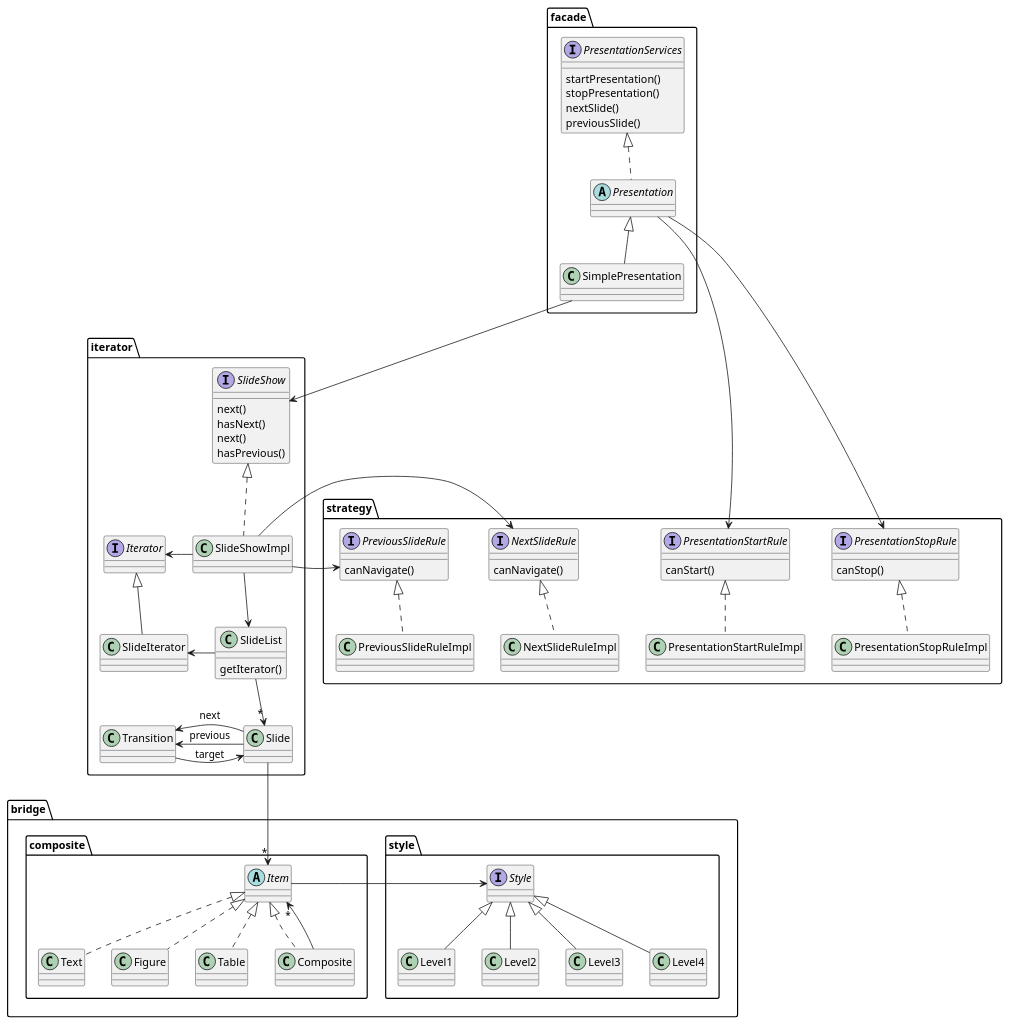
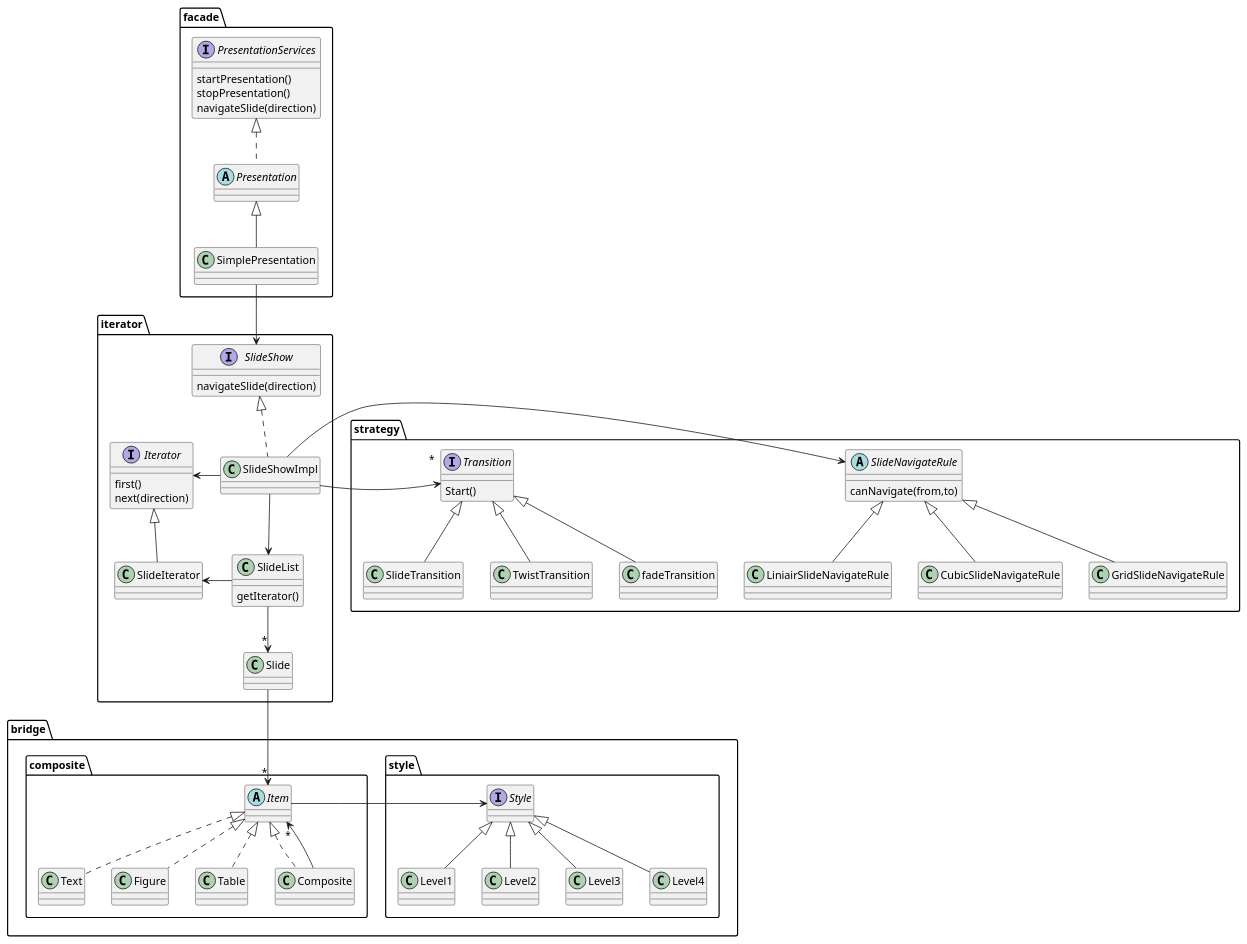
One commit to luukbuit/design-for-change changed the diagram in classdiagram.puml. Above: the diagram before and after it, drawn with PlantUML.

Commit message:
transition and navigations strategies

```diff
--- a/classdiagram.puml
+++ b/classdiagram.puml
@@ -1,97 +1,100 @@
 @startuml
-
 package facade {
 
     Interface PresentationServices
     Abstract Class Presentation
     PresentationServices : startPresentation()
     PresentationServices : stopPresentation()
-    PresentationServices : nextSlide()
-    PresentationServices : previousSlide()
+    PresentationServices : navigateSlide(direction)
     Presentation .up.|> PresentationServices
     SimplePresentation -up-|> Presentation
 }
 
 
 package bridge {
 
     package style {
         Interface Style
         Level1 -up-|> Style
         Level2 -up-|> Style
         Level3 -up-|> Style
         Level4 -up-|> Style
 
     }
 
     package composite {
 
         Abstract Class Item
 
         Text .up.|> Item
         Figure .up.|> Item
         Table .up.|> Item
         Composite .up.|> Item
         Composite -up-> "*" Item
 
         Item -right-> Style
 
     }
 
 }
 
+
+
 package iterator {
 
     Interface SlideShow
     Interface Iterator
+
+    Iterator : first()
+    Iterator : next(direction)
+
+
 
     SlideShowImpl .up.|> SlideShow
     SlideIterator -up-|> Iterator
     Slide -down-> "*" Item
     SlideShowImpl -down-> SlideList
     SlideShowImpl -left-> Iterator
     SlideList -left-> SlideIterator
     SlideList --> "*" Slide
 
-    SlideShow : next()
-    SlideShow : hasNext()
-    SlideShow : next()
-    SlideShow : hasPrevious()
+    SlideShow : navigateSlide(direction)
 
     SlideList : getIterator()
 
-    Slide -left-> Transition : next
-    Slide -left-> Transition : previous
-    Transition --> Slide : target
+
+
 
 }
 
 package strategy {
 
-    Interface PresentationStartRule
-    PresentationStartRule : canStart()
-    Presentation -right-> PresentationStartRule
-    PresentationStartRuleImpl .up.|> PresentationStartRule
+    abstract class SlideNavigateRule
+    SlideNavigateRule : canNavigate(from,to)
+    SlideShowImpl -right-> SlideNavigateRule
 
-    Interface PresentationStopRule
-    PresentationStopRule : canStop()
-    Presentation -right-> PresentationStopRule
-    PresentationStopRuleImpl .up.|> PresentationStopRule
+    class LiniairSlideNavigateRule
+    LiniairSlideNavigateRule -up-|> SlideNavigateRule 
 
-    Interface NextSlideRule
-    NextSlideRule : canNavigate()
-    SlideShowImpl -right-> NextSlideRule
-    NextSlideRuleImpl .up.|> NextSlideRule
+    class CubicSlideNavigateRule
+    CubicSlideNavigateRule-up-|> SlideNavigateRule 
 
-    Interface PreviousSlideRule
-    PreviousSlideRule : canNavigate()
-    SlideShowImpl -right-> PreviousSlideRule
-    PreviousSlideRuleImpl .up.|> PreviousSlideRule
+    class GridSlideNavigateRule
+    GridSlideNavigateRule-up-|> SlideNavigateRule 
+
+    Interface Transition
+    Transition : Start()
+
+    SlideShowImpl -right-> "*" Transition
+
+    SlideTransition -up-|> Transition
+    TwistTransition -up-|> Transition
+    fadeTransition -up-|> Transition
+
 
 
 }
 
 
 SimplePresentation --> SlideShow
-
 @enduml
```
